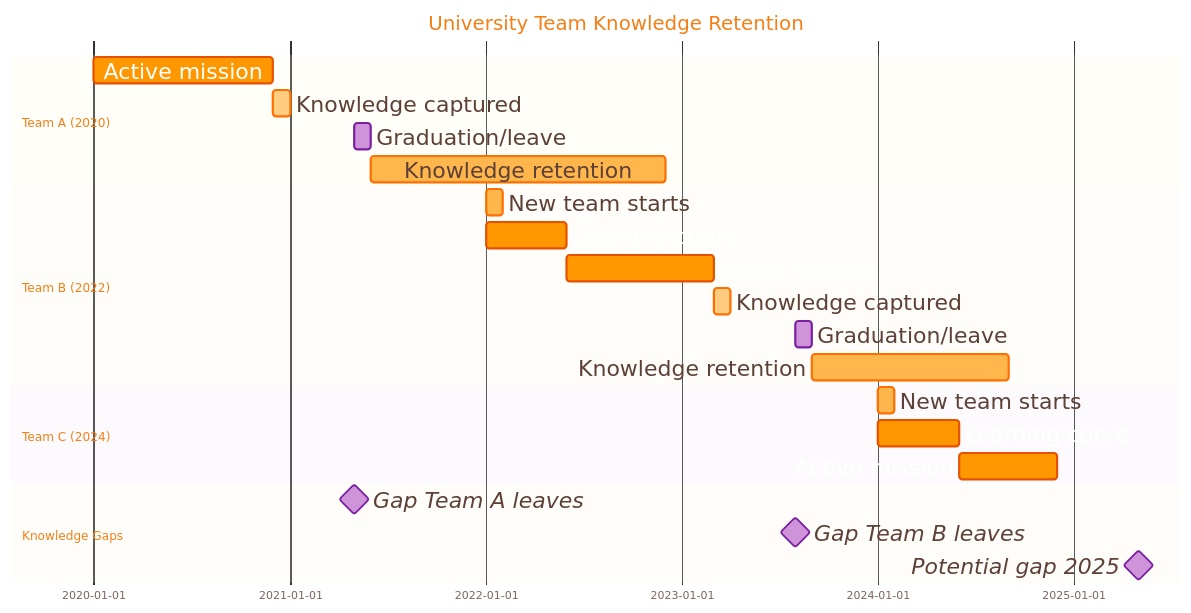
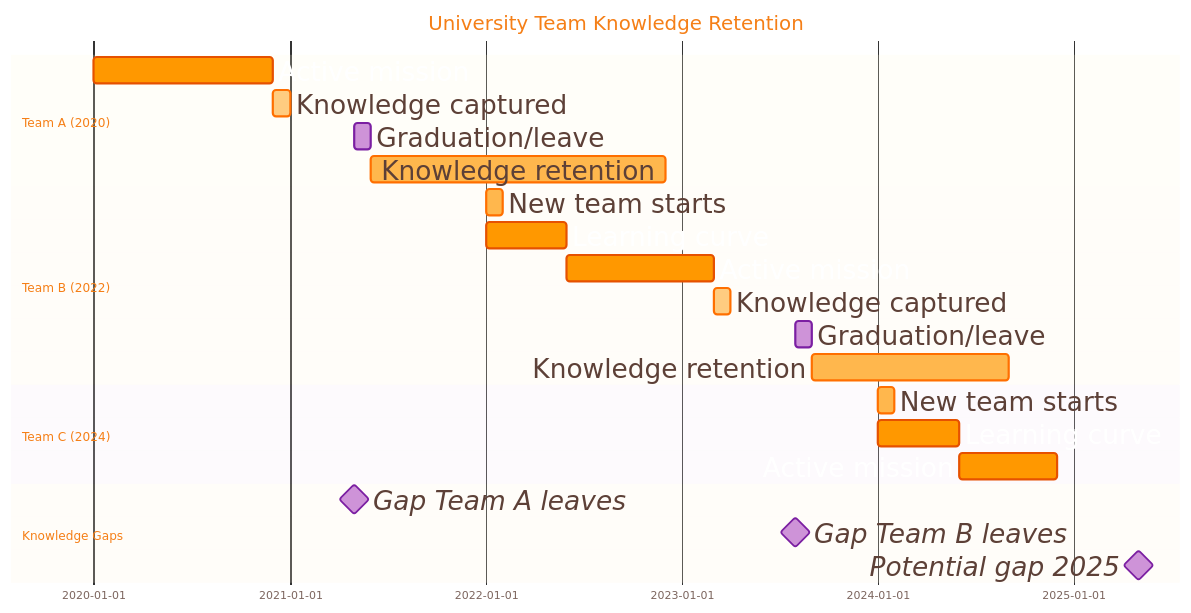
One commit to Lizo-RoadTown/PROVES_LIBRARY changed the fourth of 9 diagrams in docs/diagrams/team-boundaries.md. Above: the diagram before and after it, drawn with Mermaid. The commit also changed other lines of this file and 6 other files, not shown here.

Commit message:
Fix font size: Update all diagrams from fontSize 20 to 24 to match global settings

```diff
--- a/docs/diagrams/team-boundaries.md
+++ b/docs/diagrams/team-boundaries.md
@@ -792,7 +792,7 @@
 ---
 config:
   theme: base
-  fontSize: 20
+  fontSize: 24
   themeVariables:
     primaryColor: '#FFF3E0'
     secondaryColor: '#F3E5F5'
@@ -807,7 +807,7 @@
     textColor: '#5D4037'
     lineColor: '#FF9800'
     fontFamily: '"Segoe UI", Tahoma, Geneva, Verdana, sans-serif'
-    fontSize: '20px'
+    fontSize: '24px'
     nodeBorder: '#FF6F00'
     mainBkg: '#FFF3E0'
     clusterBkg: '#F3E5F5'
@@ -863,7 +863,7 @@
     attributeBackgroundColorOdd: '#FFF8E1'
     attributeBackgroundColorEven: '#FFF3E0'
   gantt:
-    fontSize: 20
+    fontSize: 24
     barHeight: 24
     barGap: 6
     topPadding: 50
@@ -931,7 +931,7 @@
     chartWidth: 500
     chartHeight: 500
     titlePadding: 10
-    titleFontSize: 20
+    titlefontSize: 24
     quadrantPadding: 5
     quadrantTextTopPadding: 5
     quadrantLabelFontSize: 16
```
